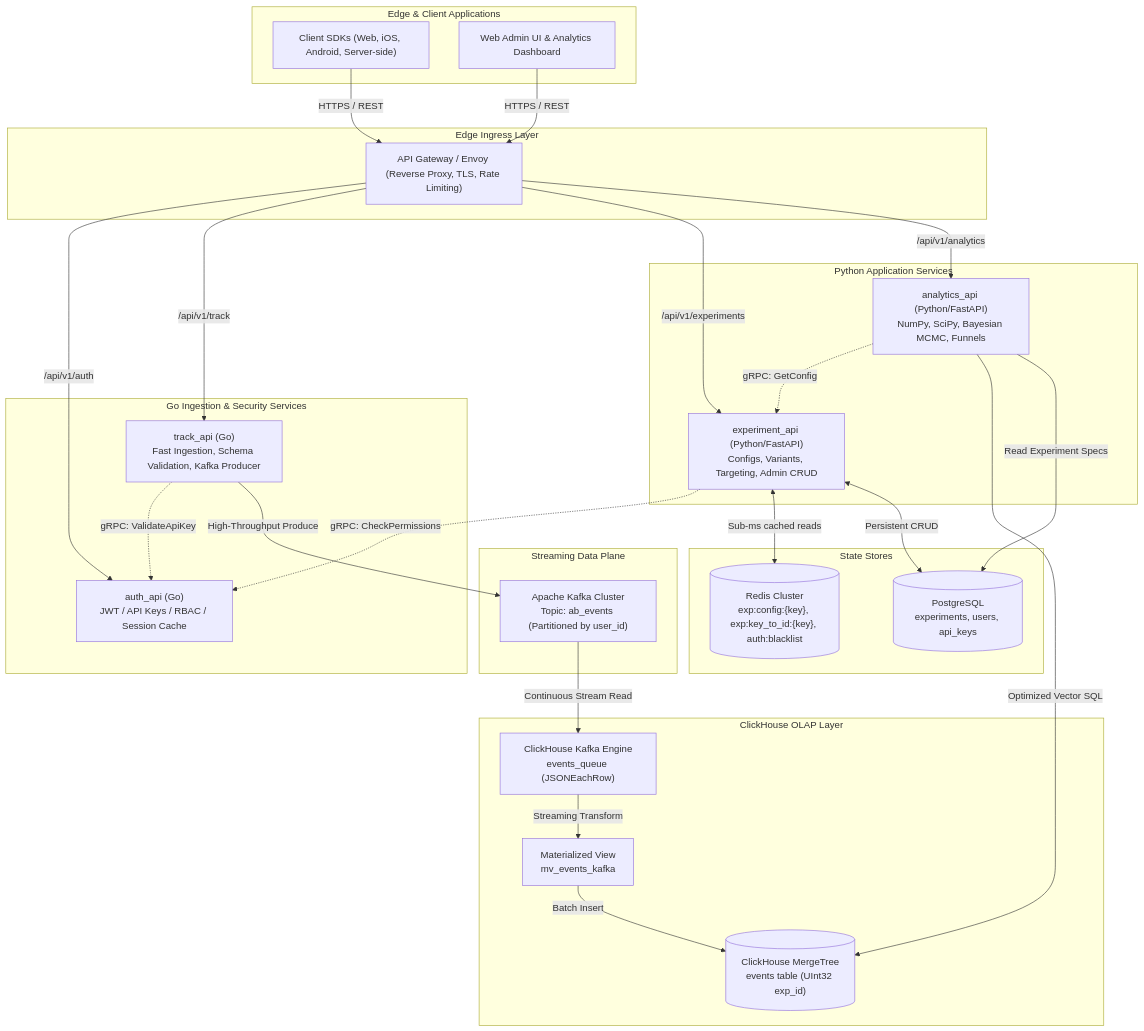
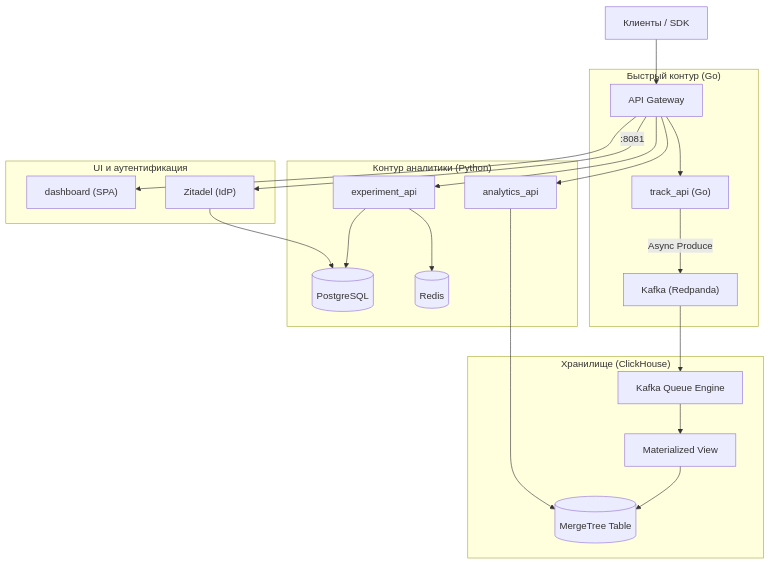
One commit to Kebiproger/synaqcore changed the diagram in docs/SYSTEM_DESIGN.md. Above: the diagram before and after it, drawn with Mermaid. The commit also changed other lines of this file and 106 other files, not shown here.

Commit message:
feat(core): complete enterprise architecture with zitadel,   analytics-api, and dashboard

````diff
--- a/docs/SYSTEM_DESIGN.md
+++ b/docs/SYSTEM_DESIGN.md
@@ -32,65 +13,29 @@
 ```mermaid
 flowchart TD
-    subgraph Clients["Edge & Client Applications"]
-        SDK["Client SDKs (Web, iOS, Android, Server-side)"]
-        ADMIN_UI["Web Admin UI & Analytics Dashboard"]
+    Clients["Клиенты / SDK"] --> GW["API Gateway"]
+    
+    subgraph FastPath["Быстрый контур (Go)"]
+        GW --> TRACK["track_api (Go)"]
+        TRACK -->|Async Produce| KAFKA["Kafka (Redpanda)"]
     end
 
-    subgraph EdgeTier["Edge Ingress Layer"]
-        GW["API Gateway / Envoy (Reverse Proxy, TLS, Rate Limiting)"]
+    subgraph Storage["Хранилище (ClickHouse)"]
+        KAFKA --> CK_Q["Kafka Queue Engine"]
+        CK_Q --> CK_MV["Materialized View"]
+        CK_MV --> CK_T[("MergeTree Table")]
     end
 
-    subgraph GoTier["Go Ingestion & Security Services"]
-        AUTH["auth_api (Go)\nJWT / API Keys / RBAC / Session Cache"]
-        TRACK["track_api (Go)\nFast Ingestion, Schema Validation, Kafka Producer"]
+    subgraph AnalyticsPath["Контур аналитики (Python)"]
+        GW --> EXP["experiment_api"]
+        EXP --> DB[(PostgreSQL)]
+        EXP --> CACHE[(Redis)]
+        GW --> ANALYTICS["analytics_api"]
+        ANALYTICS --> CK_T
     end
 
-    subgraph EventStream["Streaming Data Plane"]
-        KAFKA["Apache Kafka Cluster\nTopic: ab_events (Partitioned by user_id)"]
+    subgraph UI["UI и аутентификация"]
+        GW --> DASH["dashboard (SPA)"]
+        GW -->|":8081"| IDP["Zitadel (IdP)"]
+        IDP --> DB
     end
-
-    subgraph ClickHouseCluster["ClickHouse OLAP Layer"]
-        CK_QUEUE["ClickHouse Kafka Engine\nevents_queue (JSONEachRow)"]
-        CK_MV["Materialized View\nmv_events_kafka"]
-        CK_TARGET[("ClickHouse MergeTree\nevents table (UInt32 exp_id)")]
-    end
-
-    subgraph PythonTier["Python Application Services"]
-        EXP["experiment_api (Python/FastAPI)\nConfigs, Variants, Targeting, Admin CRUD"]
-        ANALYTICS["analytics_api (Python/FastAPI)\nNumPy, SciPy, Bayesian MCMC, Funnels"]
-    end
-
-    subgraph StateStores["State Stores"]
-        REDIS[("Redis Cluster\nexp:config:{key}, exp:key_to_id:{key}, auth:blacklist")]
-        PG[("PostgreSQL\nexperiments, users, api_keys")]
-    end
-
-    %% Client Traffic
-    SDK -->|HTTPS / REST| GW
-    ADMIN_UI -->|HTTPS / REST| GW
-
-    %% Gateway Routing
-    GW -->|/api/v1/auth| AUTH
-    GW -->|/api/v1/track| TRACK
-    GW -->|/api/v1/experiments| EXP
-    GW -->|/api/v1/analytics| ANALYTICS
-
-    %% High-Speed Internal gRPC
-    TRACK -.->|gRPC: ValidateApiKey| AUTH
-    EXP -.->|gRPC: CheckPermissions| AUTH
-    ANALYTICS -.->|gRPC: GetConfig| EXP
-
-    %% Ingestion Pipeline
-    TRACK -->|High-Throughput Produce| KAFKA
-    KAFKA -->|Continuous Stream Read| CK_QUEUE
-    CK_QUEUE -->|Streaming Transform| CK_MV
-    CK_MV -->|Batch Insert| CK_TARGET
-
-    %% Variant & Config Caching
-    EXP <-->|Sub-ms cached reads| REDIS
-    EXP <-->|Persistent CRUD| PG
-
-    %% Analytical Read Path
-    ANALYTICS -->|Optimized Vector SQL| CK_TARGET
-    ANALYTICS -->|Read Experiment Specs| PG
 ```
````
